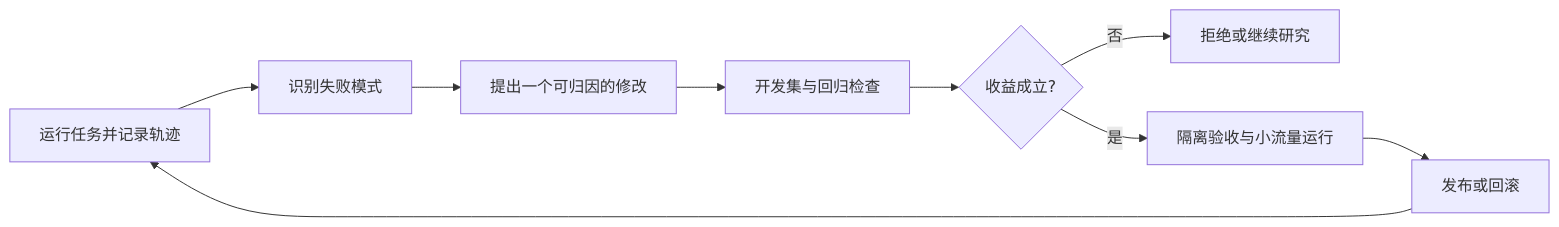
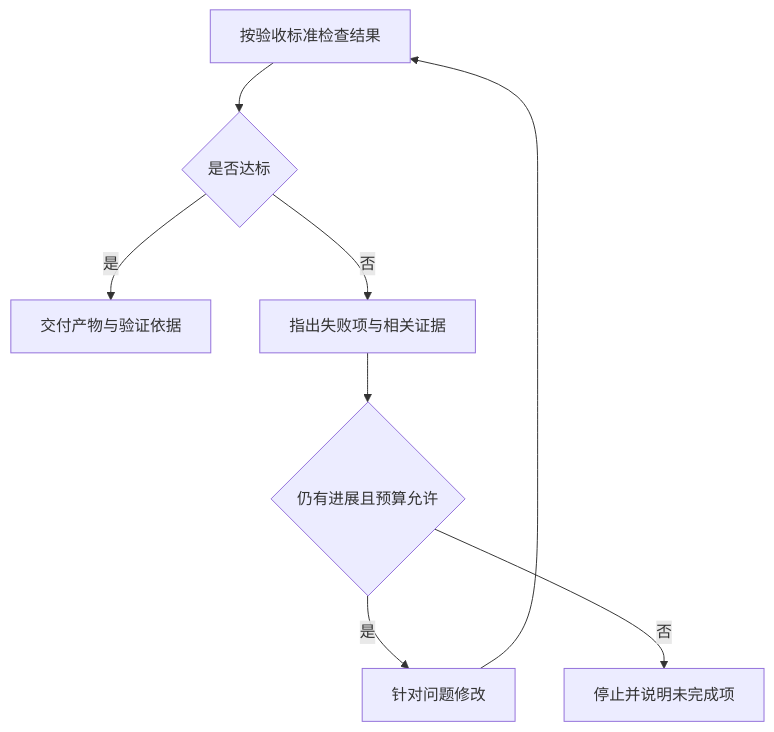
The sixth of 6 diagrams in src/content/blog/agent-architecture-tools-memory-and-reliable-execution.md (xjiajiahao/xjiajiahao.github.io), drawn with Mermaid before and after one commit. The commit also changed other lines of this file and 3 other files, not shown here.

````diff
--- a/src/content/blog/agent-architecture-tools-memory-and-reliable-execution.md
+++ b/src/content/blog/agent-architecture-tools-memory-and-reliable-execution.md
@@ -558,11 +318,10 @@
 ```mermaid
-flowchart LR
-    T[运行任务并记录轨迹] --> F[识别失败模式]
-    F --> P[提出一个可归因的修改]
-    P --> E[开发集与回归检查]
-    E --> G{收益成立?}
-    G -->|否| R[拒绝或继续研究]
-    G -->|是| H[隔离验收与小流量运行]
-    H --> V[发布或回滚]
-    V --> T
+flowchart TD
+    A[按验收标准检查结果] --> B{是否达标}
+    B -->|是| C[交付产物与验证依据]
+    B -->|否| D[指出失败项与相关证据]
+    D --> E{仍有进展且预算允许}
+    E -->|是| F[针对问题修改]
+    F --> A
+    E -->|否| G[停止并说明未完成项]
 ```
````
